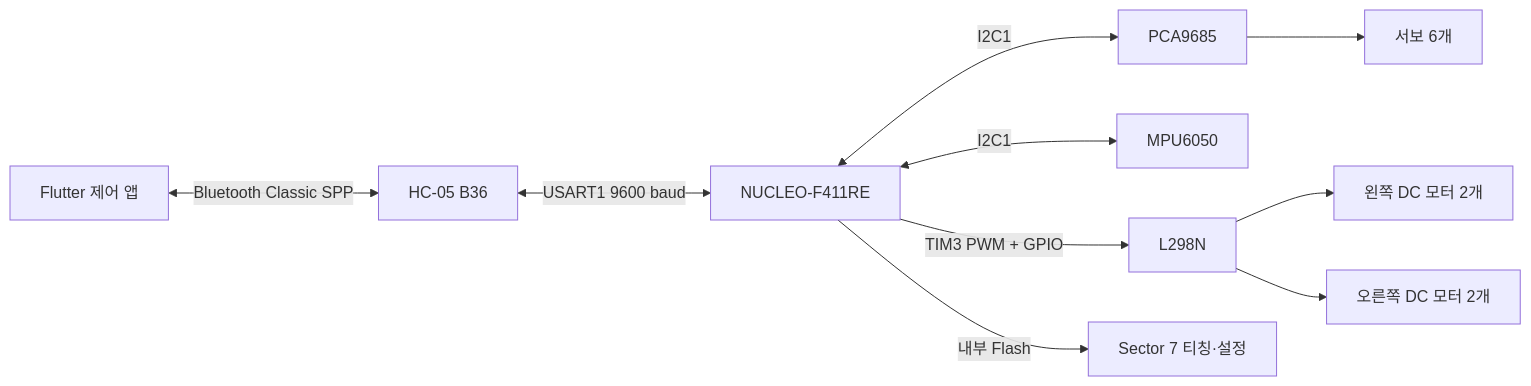
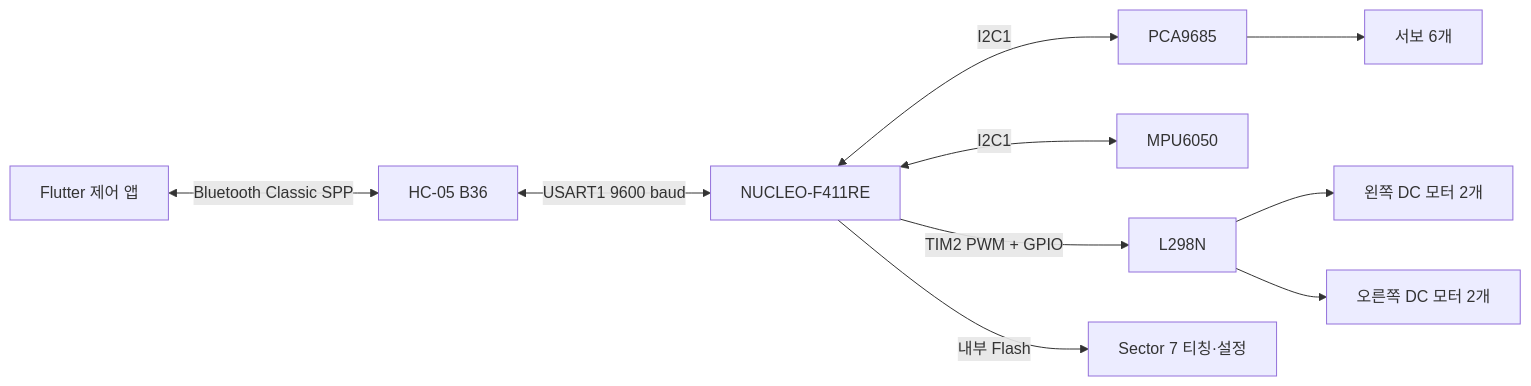
One commit to sditr0414/mobile-retrieval-robot changed the first of 2 diagrams in PROJECT_SUMMARY.md. Above: the diagram before and after it, drawn with Mermaid. The commit also changed other lines of this file and 13 other files, not shown here.

````diff
--- a/PROJECT_SUMMARY.md
+++ b/PROJECT_SUMMARY.md
@@ -60,12 +60,12 @@
 ```mermaid
 flowchart LR
     APP[Flutter 제어 앱] <-->|Bluetooth Classic SPP| HC05[HC-05 B36]
     HC05 <-->|USART1 9600 baud| MCU[NUCLEO-F411RE]
     MCU <-->|I2C1| PCA[PCA9685]
     PCA --> S[서보 6개]
     MCU <-->|I2C1| IMU[MPU6050]
-    MCU -->|TIM3 PWM + GPIO| L298[L298N]
+    MCU -->|TIM2 PWM + GPIO| L298[L298N]
     L298 --> ML[왼쪽 DC 모터 2개]
     L298 --> MR[오른쪽 DC 모터 2개]
     MCU -->|내부 Flash| F[Sector 7 티칭·설정]
 ```
````
